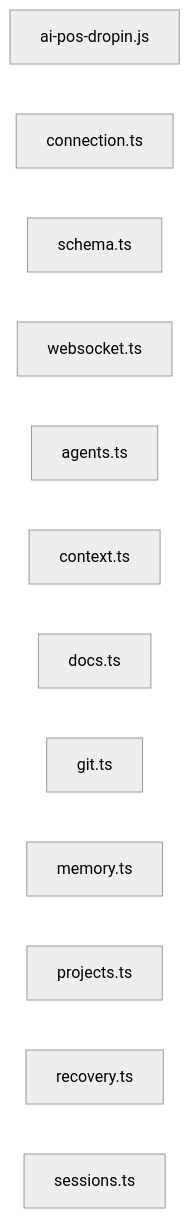
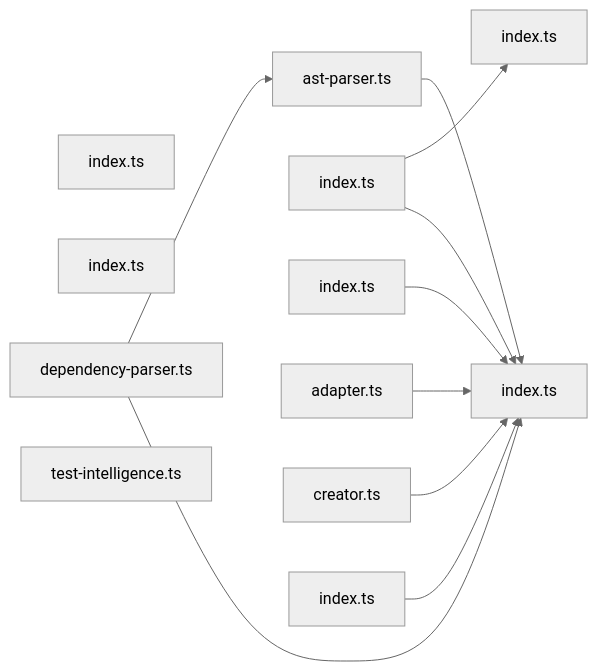
The sixth of 6 diagrams in .guardian/ai-pos/AI_REPOSITORY_BRAIN.md (dayashimoga/pgos), drawn with Mermaid (neutral theme) before and after one commit. The commit also changed other lines of this file and 51 other files, not shown here.

````diff
--- a/.guardian/ai-pos/AI_REPOSITORY_BRAIN.md
+++ b/.guardian/ai-pos/AI_REPOSITORY_BRAIN.md
@@ -605,15 +729,24 @@
 ```mermaid
 graph LR
-    N0["ai-pos-dropin.js"]
-    N1["connection.ts"]
-    N2["schema.ts"]
-    N3["websocket.ts"]
-    N4["agents.ts"]
-    N5["context.ts"]
-    N6["docs.ts"]
-    N7["git.ts"]
-    N8["memory.ts"]
-    N9["projects.ts"]
-    N10["recovery.ts"]
-    N11["sessions.ts"]
+    N0["index.ts"]
+    N1["ast-parser.ts"]
+    N2["index.ts"]
+    N3["index.ts"]
+    N4["index.ts"]
+    N5["index.ts"]
+    N6["index.ts"]
+    N7["dependency-parser.ts"]
+    N8["test-intelligence.ts"]
+    N9["adapter.ts"]
+    N10["creator.ts"]
+    N11["index.ts"]
+    N11 --> N0
+    N1 --> N0
+    N7 --> N0
+    N7 --> N1
+    N4 --> N0
+    N4 --> N2
+    N5 --> N0
+    N9 --> N0
+    N10 --> N0
 ```
````
